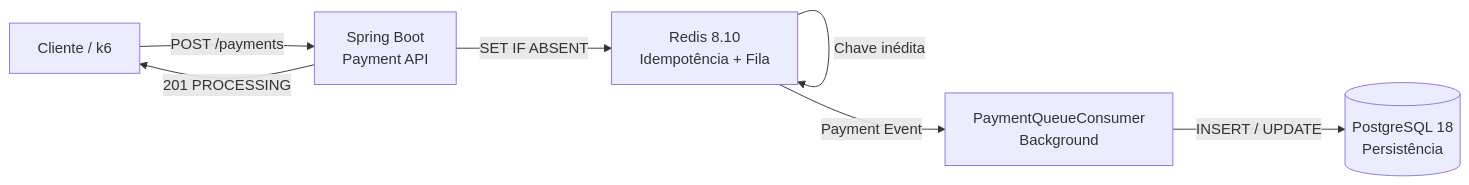
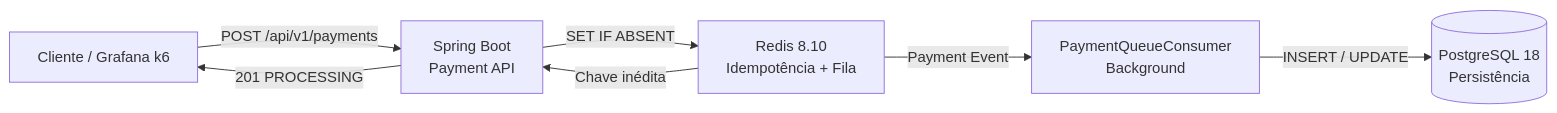
Before and after one commit to rubensrabelo/sistema-pagamentos-idempotente: the seventh of 7 diagrams in spring-boot/docs/performance-tests/REPORT-005.md, drawn with Mermaid. The commit also changed other lines of this file and 1 other file, not shown here.

````diff
--- a/spring-boot/docs/performance-tests/REPORT-005.md
+++ b/spring-boot/docs/performance-tests/REPORT-005.md
@@ -209,25 +291,25 @@
 ```mermaid
 flowchart LR
 
-    Client["Cliente / k6"]
+    Client["Cliente / Grafana k6"]
 
     API["Spring Boot<br/>Payment API"]
 
     Redis["Redis 8.10<br/>Idempotência + Fila"]
 
     Consumer["PaymentQueueConsumer<br/>Background"]
 
     DB[("PostgreSQL 18<br/>Persistência")]
 
-    Client -->|"POST /payments"| API
+    Client -->|"POST /api/v1/payments"| API
 
     API -->|"SET IF ABSENT"| Redis
 
-    Redis -->|"Chave inédita"| Redis
+    Redis -->|"Chave inédita"| API
 
     API -->|"201 PROCESSING"| Client
 
     Redis -->|"Payment Event"| Consumer
 
     Consumer -->|"INSERT / UPDATE"| DB
 ```
````
